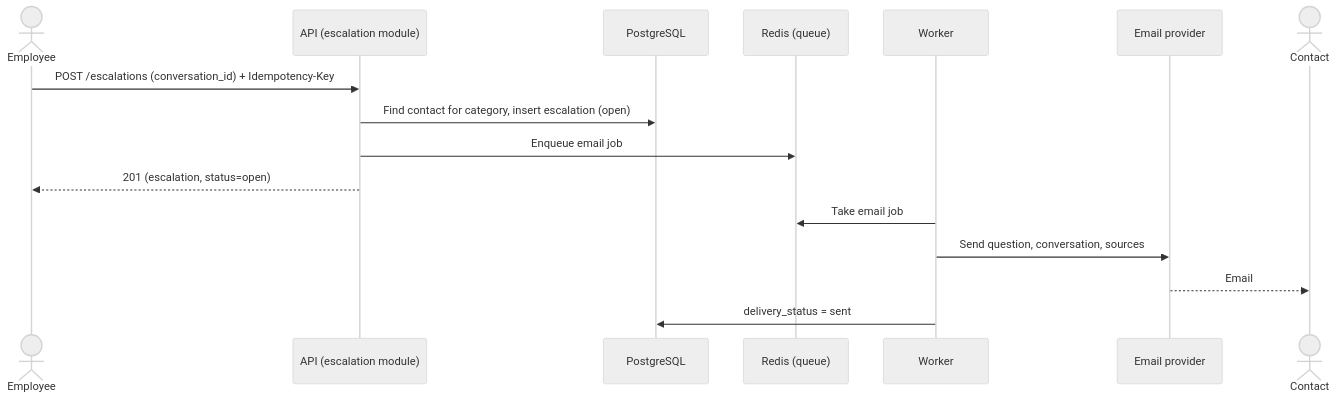
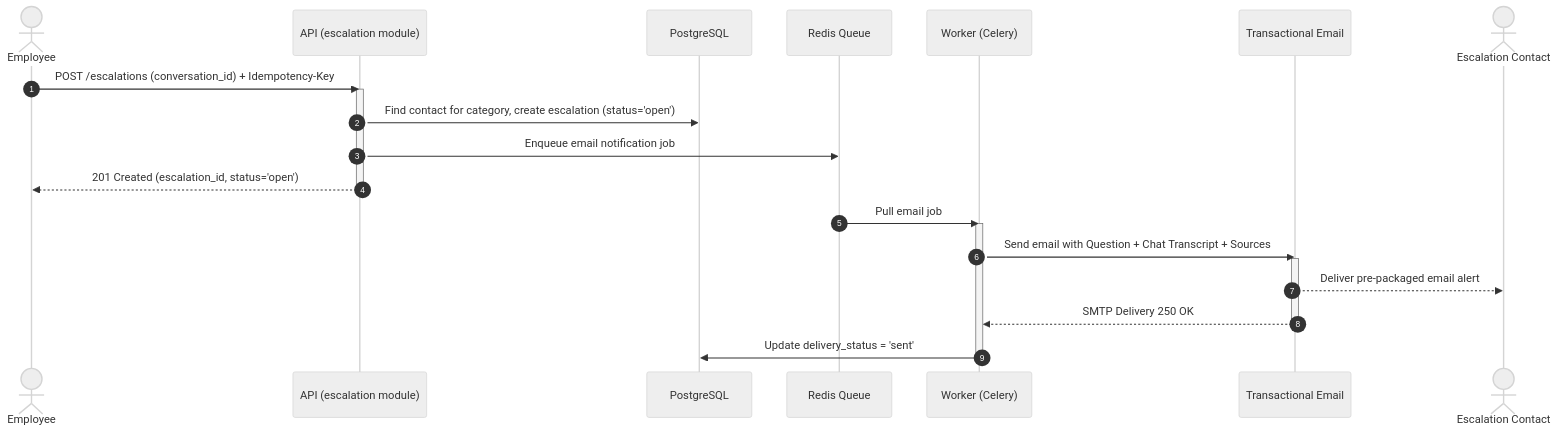
Before and after one commit to awoladhossain/OpsPilot: the fourth of 5 diagrams in docs/System Design/09-key-flows.md, drawn with Mermaid (neutral theme). The commit also changed other lines of this file, not shown here.

Commit message:
docs(flows): add master orchestration map and enhance sequence diagrams with activation blocks in key flows doc

````diff
--- a/docs/System Design/09-key-flows.md
+++ b/docs/System Design/09-key-flows.md
@@ -91,19 +153,28 @@
 ```mermaid
 sequenceDiagram
-  actor Emp as Employee
-  participant API as API (escalation module)
-  participant DB as PostgreSQL
-  participant Q as Redis (queue)
-  participant W as Worker
-  participant Mail as Email provider
-  actor Contact
+    autonumber
+    actor Emp as Employee
+    participant API as API (escalation module)
+    participant DB as PostgreSQL
+    participant Q as Redis Queue
+    participant W as Worker (Celery)
+    participant Mail as Transactional Email
+    actor Contact as Escalation Contact
 
-  Emp->>API: POST /escalations (conversation_id) + Idempotency-Key
-  API->>DB: Find contact for category, insert escalation (open)
-  API->>Q: Enqueue email job
-  API-->>Emp: 201 (escalation, status=open)
-  W->>Q: Take email job
-  W->>Mail: Send question, conversation, sources
-  Mail-->>Contact: Email
-  W->>DB: delivery_status = sent
+    Emp->>API: POST /escalations (conversation_id) + Idempotency-Key
+    activate API
+    API->>DB: Find contact for category, create escalation (status='open')
+    API->>Q: Enqueue email notification job
+    API-->>Emp: 201 Created (escalation_id, status='open')
+    deactivate API
+
+    Q->>W: Pull email job
+    activate W
+    W->>Mail: Send email with Question + Chat Transcript + Sources
+    activate Mail
+    Mail-->>Contact: Deliver pre-packaged email alert
+    Mail-->>W: SMTP Delivery 250 OK
+    deactivate Mail
+    W->>DB: Update delivery_status = 'sent'
+    deactivate W
 ```
````
